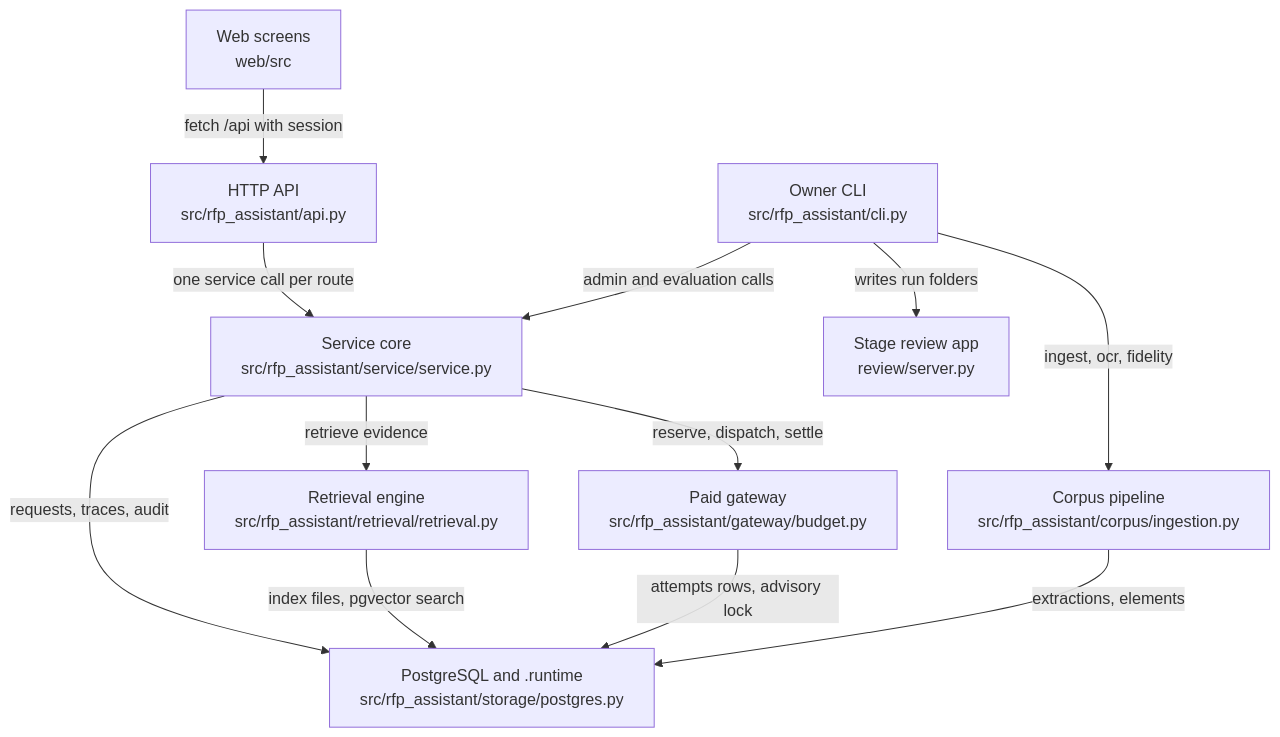
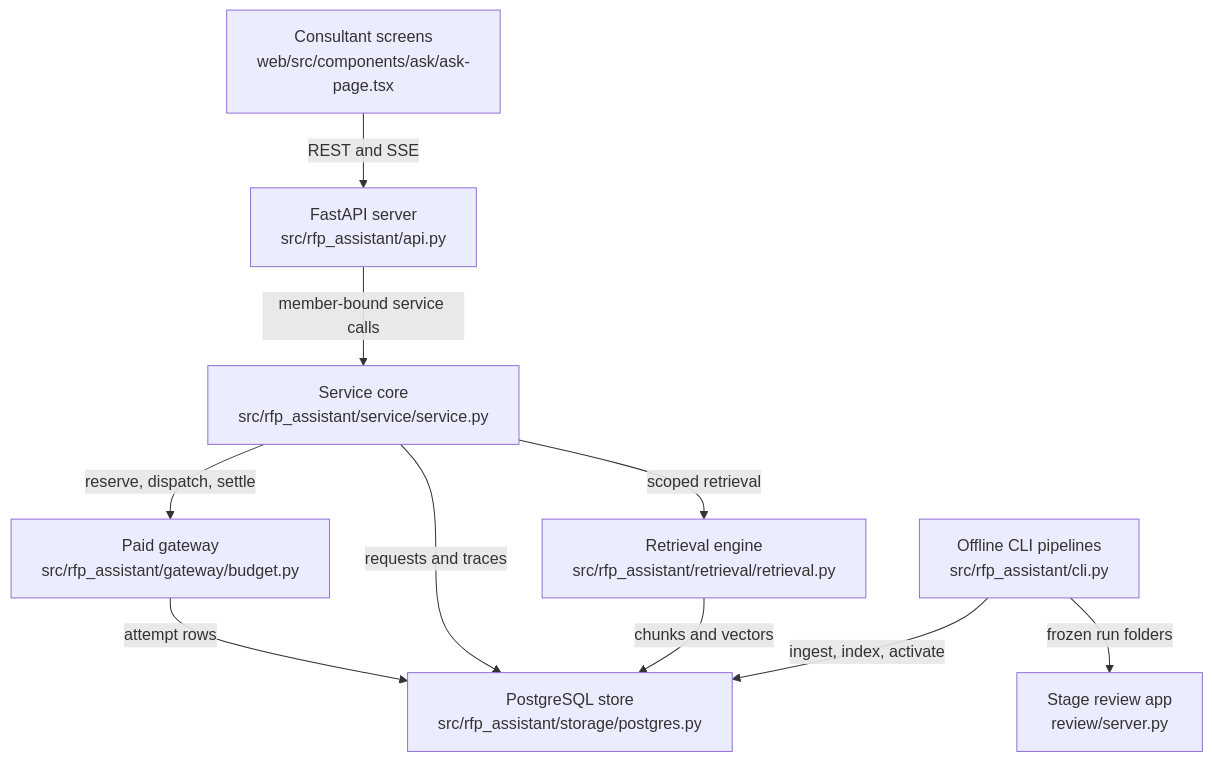
One commit to littleeeeebit/project-codeit-mid changed the diagram in .omm/overall-architecture/diagram.mmd. Above: the diagram before and after it, drawn with Mermaid. The commit also changed 367 other files, not shown here.

```diff
--- a/.omm/overall-architecture/diagram.mmd
+++ b/.omm/overall-architecture/diagram.mmd
@@ -1,21 +1,18 @@
 graph TD
-  web-screens["Web screens\nweb/src"]
-  http-api["HTTP API\nsrc/rfp_assistant/api.py"]
+  consultant-screens["Consultant screens\nweb/src/components/ask/ask-page.tsx"]
+  api-server["FastAPI server\nsrc/rfp_assistant/api.py"]
   service-core["Service core\nsrc/rfp_assistant/service/service.py"]
   retrieval-engine["Retrieval engine\nsrc/rfp_assistant/retrieval/retrieval.py"]
   paid-gateway["Paid gateway\nsrc/rfp_assistant/gateway/budget.py"]
-  storage["PostgreSQL and .runtime\nsrc/rfp_assistant/storage/postgres.py"]
-  corpus-pipeline["Corpus pipeline\nsrc/rfp_assistant/corpus/ingestion.py"]
-  owner-cli["Owner CLI\nsrc/rfp_assistant/cli.py"]
-  stage-review-app["Stage review app\nreview/server.py"]
-  web-screens -->|"fetch /api with session"| http-api
-  http-api -->|"one service call per route"| service-core
-  service-core -->|"retrieve evidence"| retrieval-engine
-  service-core -->|"reserve, dispatch, settle"| paid-gateway
-  service-core -->|"requests, traces, audit"| storage
-  retrieval-engine -->|"index files, pgvector search"| storage
-  paid-gateway -->|"attempts rows, advisory lock"| storage
-  owner-cli -->|"ingest, ocr, fidelity"| corpus-pipeline
-  corpus-pipeline -->|"extractions, elements"| storage
-  owner-cli -->|"admin and evaluation calls"| service-core
-  owner-cli -->|"writes run folders"| stage-review-app
+  postgres-store["PostgreSQL store\nsrc/rfp_assistant/storage/postgres.py"]
+  offline-cli["Offline CLI pipelines\nsrc/rfp_assistant/cli.py"]
+  review-app["Stage review app\nreview/server.py"]
+  consultant-screens -->|REST and SSE| api-server
+  api-server -->|member-bound service calls| service-core
+  service-core -->|scoped retrieval| retrieval-engine
+  service-core -->|reserve, dispatch, settle| paid-gateway
+  paid-gateway -->|attempt rows| postgres-store
+  service-core -->|requests and traces| postgres-store
+  retrieval-engine -->|chunks and vectors| postgres-store
+  offline-cli -->|ingest, index, activate| postgres-store
+  offline-cli -->|frozen run folders| review-app
```
